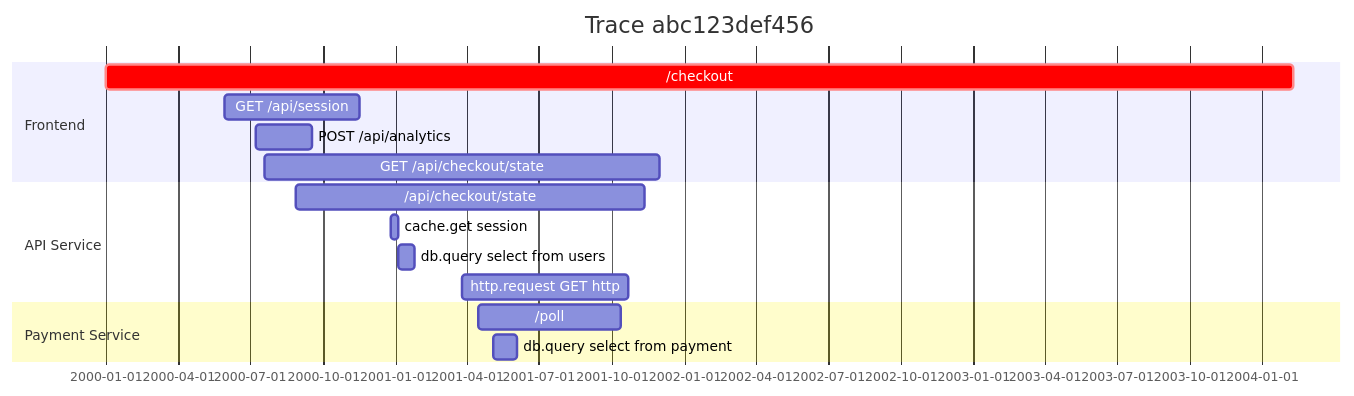
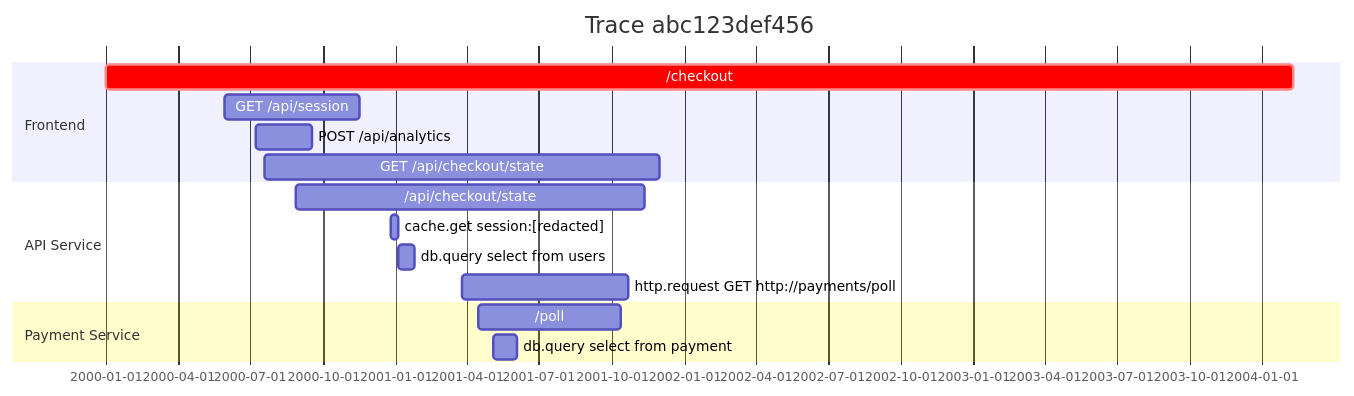
The diagram in README.md (mheap/trace2mermaid), drawn with Mermaid before and after one commit. The commit also changed 2 other files, not shown here.

Commit message:
fix: Updated the mermaid escape function to support more delimiters

````diff
--- a/README.md
+++ b/README.md
@@ -100,21 +100,21 @@
 ```mermaid
 gantt
     title Trace abc123def456
     dateFormat YYYY-MM-DD
 
     section Frontend
     /checkout                                     :crit, 2000-01-01, 1500d
     GET /api/session                              :2000-05-30, 170d
     POST /api/analytics                           :2000-07-09, 70d
     GET /api/checkout/state                       :2000-07-19, 500d
 
     section API Service
     /api/checkout/state                           :2000-08-28, 440d
-    cache.get session:[redacted]                  :2000-12-26, 10d
+    cache.get session#58;#91;redacted#93;         :2000-12-26, 10d
     db.query select from users                    :2001-01-05, 20d
-    http.request GET http://payments/poll         :2001-03-26, 210d
+    http.request GET http#58;//payments/poll      :2001-03-26, 210d
 
     section Payment Service
     /poll                                         :2001-04-15, 180d
     db.query select from payment                  :2001-05-05, 30d
 ```
````
